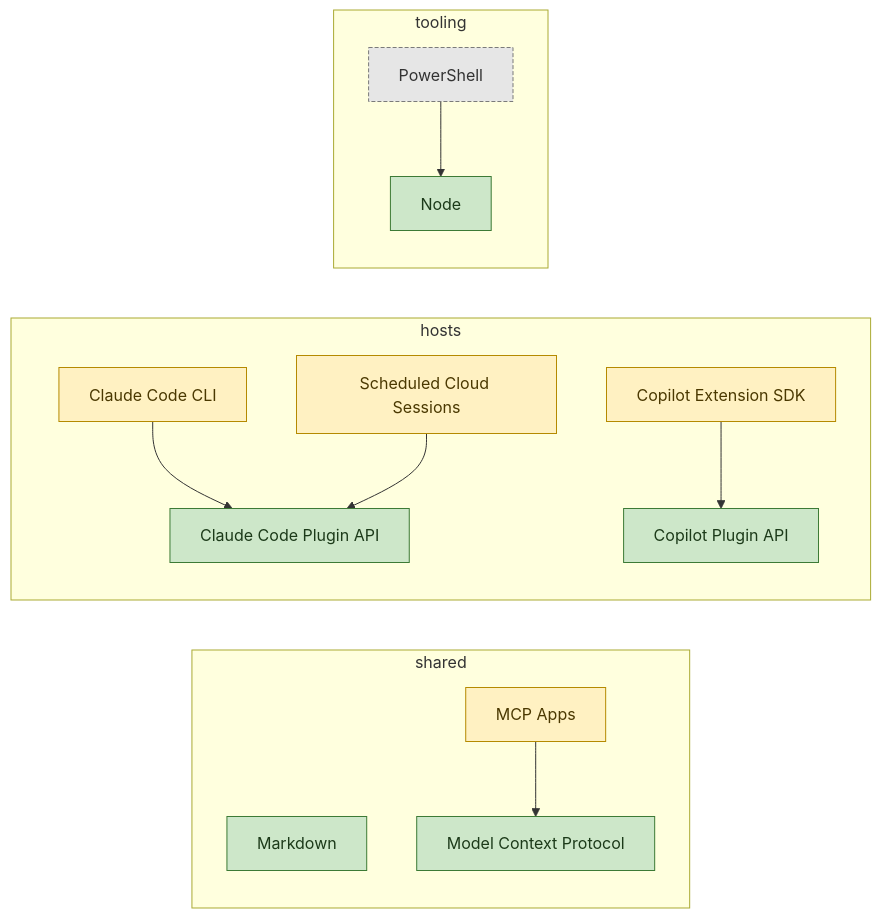
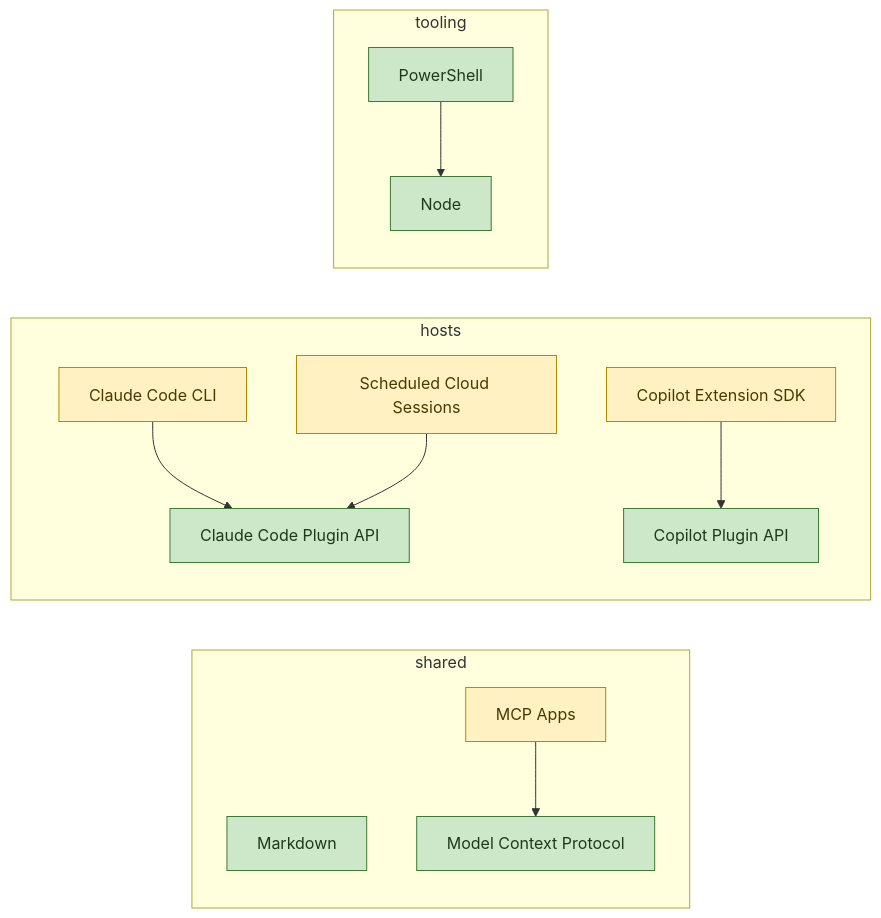
Before and after one commit to JSdotNet/devbook: the diagram in .devbook/tech/technology-graph.md, drawn with Mermaid. The commit also changed other lines of this file and 75 other files, not shown here.

````diff
--- a/.devbook/tech/technology-graph.md
+++ b/.devbook/tech/technology-graph.md
@@ -28,30 +28,28 @@
 ```mermaid
 graph LR
   subgraph shared
     markdown[Markdown]
     mcp[Model Context Protocol]
     mcpApps[MCP Apps]
   end
   subgraph hosts
     claudeApi[Claude Code Plugin API]
     claudeCli[Claude Code CLI]
     copilotApi[Copilot Plugin API]
     copilotSdk[Copilot Extension SDK]
     scheduler[Scheduled Cloud Sessions]
   end
   subgraph tooling
     node[Node]
     pwsh[PowerShell]
   end
   mcpApps --> mcp
   claudeCli --> claudeApi
   scheduler --> claudeApi
   copilotSdk --> copilotApi
   pwsh --> node
   classDef adopted fill:#cde7c9,stroke:#3c7a35,color:#1c3a19;
   classDef trial fill:#fff1c2,stroke:#b58a00,color:#4a3800;
-  classDef retired fill:#e6e6e6,stroke:#7a7a7a,color:#333333,stroke-dasharray:4 2;
-  class markdown,mcp,claudeApi,copilotApi,node adopted;
-  class pwsh retired;
+  class markdown,mcp,claudeApi,copilotApi,node,pwsh adopted;
   class mcpApps,claudeCli,copilotSdk,scheduler trial;
 ```
````
